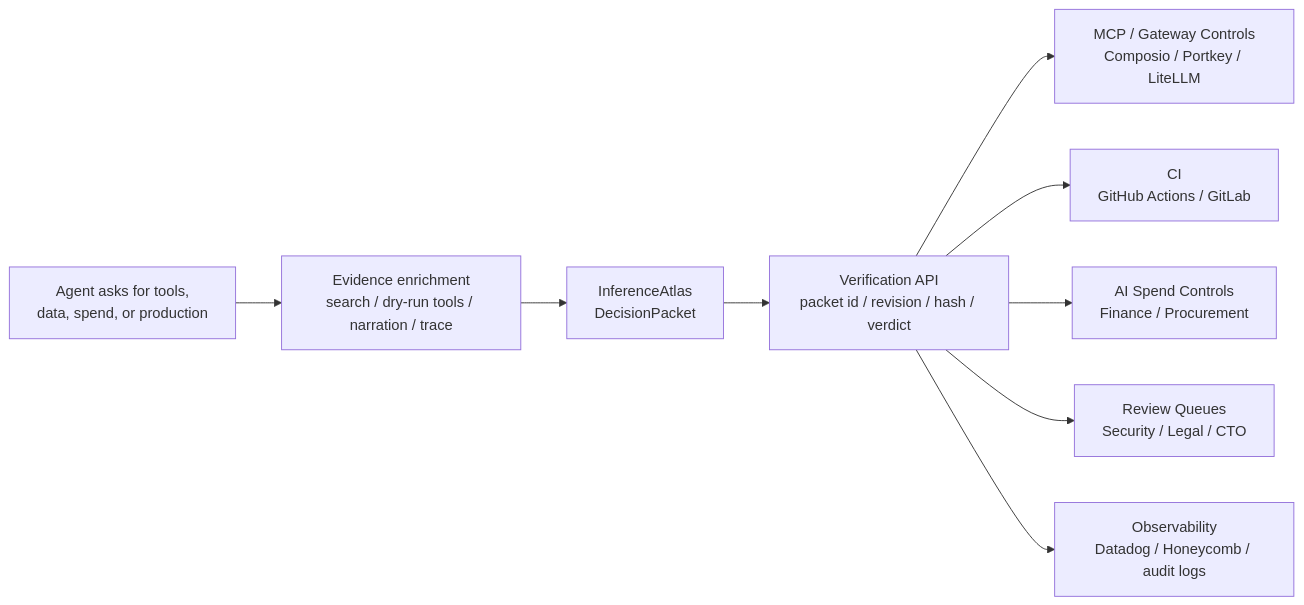
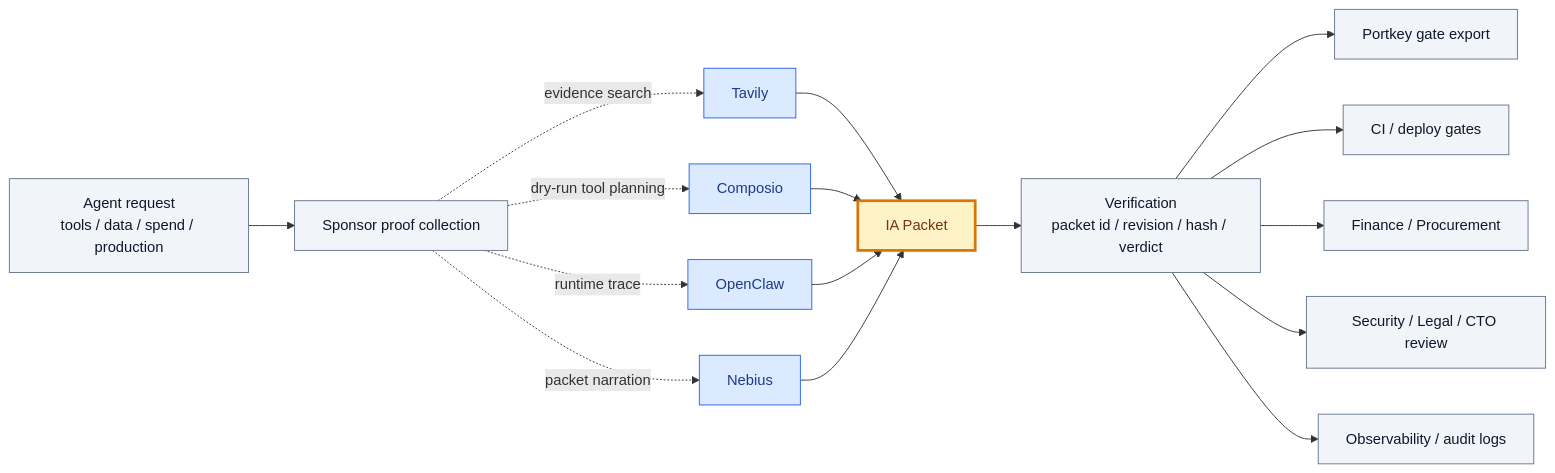
Before and after one commit to jayeshsuyal/inferenceatlas-agent-demo: the diagram in README.md, drawn with Mermaid. The commit also changed other lines of this file and 1 other file, not shown here.

Commit message:
docs: clarify sponsor proof roles in README

````diff
--- a/README.md
+++ b/README.md
@@ -51,11 +50,21 @@
 ```mermaid
 flowchart LR
-  A["Agent asks for tools,<br/>data, spend, or production"] --> P["Evidence enrichment<br/>search / dry-run tools / narration / trace"]
-  P --> B["InferenceAtlas<br/>DecisionPacket"]
-  B --> C["Verification API<br/>packet id / revision / hash / verdict"]
-  C --> D["MCP / Gateway Controls<br/>Composio / Portkey / LiteLLM"]
-  C --> E["CI<br/>GitHub Actions / GitLab"]
-  C --> F["AI Spend Controls<br/>Finance / Procurement"]
-  C --> G["Review Queues<br/>Security / Legal / CTO"]
-  C --> H["Observability<br/>Datadog / Honeycomb / audit logs"]
+  A["Agent request<br/>tools / data / spend / production"] --> S["Sponsor proof collection"]
+  S -. "evidence search" .-> T["Tavily"]:::sponsor
+  S -. "dry-run tool planning" .-> C["Composio"]:::sponsor
+  S -. "runtime trace" .-> O["OpenClaw"]:::sponsor
+  S -. "packet narration" .-> N["Nebius"]:::sponsor
+  T --> P["IA Packet"]:::hero
+  C --> P
+  O --> P
+  N --> P
+  P --> V["Verification<br/>packet id / revision / hash / verdict"]
+  V --> PK["Portkey gate export"]
+  V --> CI["CI / deploy gates"]
+  V --> F["Finance / Procurement"]
+  V --> R["Security / Legal / CTO review"]
+  V --> OBS["Observability / audit logs"]
+  classDef hero fill:#fef3c7,stroke:#d97706,stroke-width:3px,color:#78350f;
+  classDef sponsor fill:#dbeafe,stroke:#2563eb,color:#1e3a8a;
+  classDef default fill:#f1f5f9,stroke:#64748b,color:#0f172a;
 ```
````
